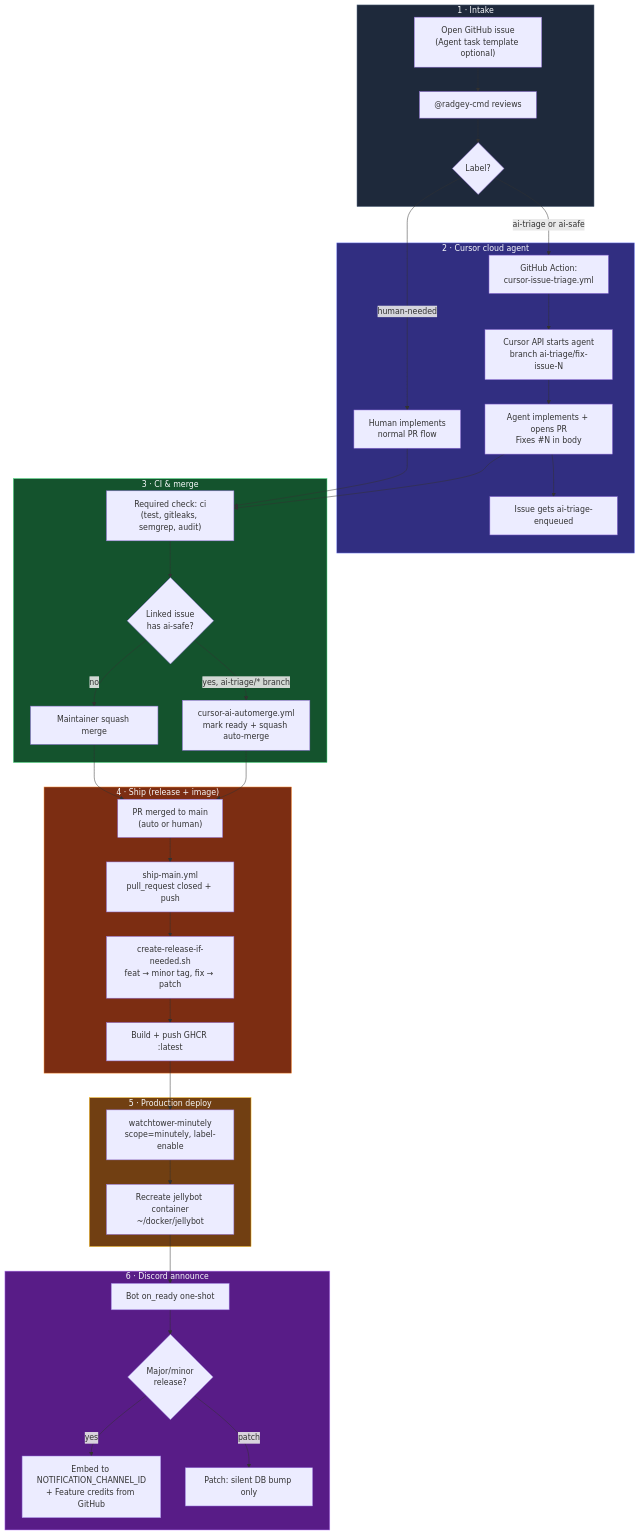
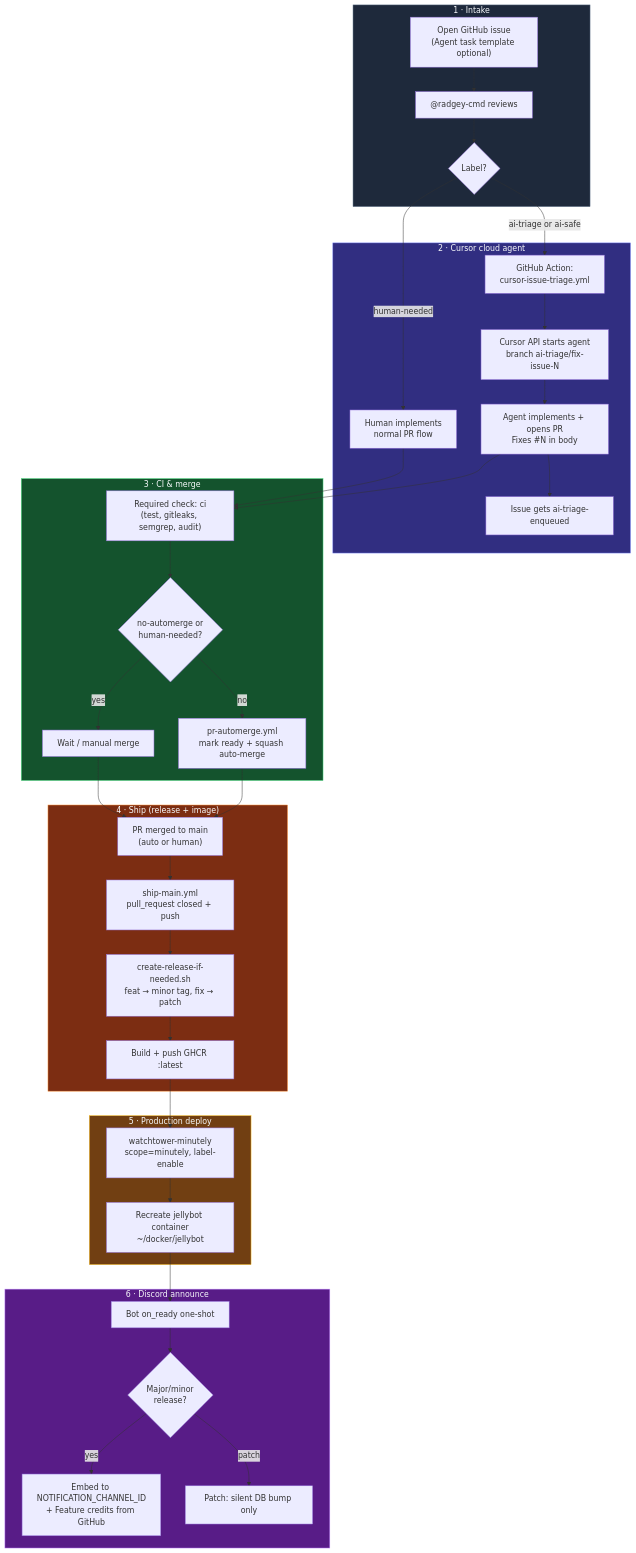
The diagram in docs/ISSUE_TO_DEPLOYMENT.md (introVRt-Lounge/jellybot), drawn with Mermaid before and after one commit. The commit also changed other lines of this file and 12 other files, not shown here.

First line of the commit message:
feat(ci): auto-merge all main PRs when ci is green (#63)

````diff
--- a/docs/ISSUE_TO_DEPLOYMENT.md
+++ b/docs/ISSUE_TO_DEPLOYMENT.md
@@ -9,64 +9,64 @@
 ```mermaid
 flowchart TB
   subgraph intake["1 · Intake"]
     A["Open GitHub issue<br/>(Agent task template optional)"]
     B["@radgey-cmd reviews"]
     C{"Label?"}
     A --> B --> C
   end
 
   subgraph agent["2 · Cursor cloud agent"]
     D["GitHub Action:<br/>cursor-issue-triage.yml"]
     E["Cursor API starts agent<br/>branch ai-triage/fix-issue-N"]
     F["Agent implements + opens PR<br/>Fixes #N in body"]
     G["Issue gets ai-triage-enqueued"]
     C -->|ai-triage or ai-safe| D --> E --> F --> G
     C -->|human-needed| H["Human implements<br/>normal PR flow"]
   end
 
   subgraph ci["3 · CI & merge"]
     I["Required check: ci<br/>(test, gitleaks, semgrep, audit)"]
-    J{"Linked issue<br/>has ai-safe?"}
-    K["cursor-ai-automerge.yml<br/>mark ready + squash auto-merge"]
-    L["Maintainer squash merge"]
+    J{"no-automerge or<br/>human-needed?"}
+    K["pr-automerge.yml<br/>mark ready + squash auto-merge"]
+    L["Wait / manual merge"]
     F --> I
     H --> I
     I --> J
-    J -->|yes, ai-triage/* branch| K
-    J -->|no| L
+    J -->|no| K
+    J -->|yes| L
   end
 
   subgraph ship["4 · Ship (release + image)"]
     M["PR merged to main<br/>(auto or human)"]
     N["ship-main.yml<br/>pull_request closed + push"]
     O["create-release-if-needed.sh<br/>feat → minor tag, fix → patch"]
     P["Build + push GHCR :latest"]
     M --> N --> O --> P
   end
 
   subgraph deploy["5 · Production deploy"]
     Q["watchtower-minutely<br/>scope=minutely, label-enable"]
     R["Recreate jellybot container<br/>~/docker/jellybot"]
     P --> Q --> R
   end
 
   subgraph announce["6 · Discord announce"]
     S["Bot on_ready one-shot"]
     T{"Major/minor<br/>release?"}
     U["Embed to NOTIFICATION_CHANNEL_ID<br/>+ Feature credits from GitHub"]
     V["Patch: silent DB bump only"]
     R --> S --> T
     T -->|yes| U
     T -->|patch| V
   end
 
   K --> M
   L --> M
 
   style intake fill:#1e293b,stroke:#64748b,color:#f8fafc
   style agent fill:#312e81,stroke:#818cf8,color:#f8fafc
   style ci fill:#14532d,stroke:#4ade80,color:#f8fafc
   style ship fill:#7c2d12,stroke:#fb923c,color:#f8fafc
   style deploy fill:#713f12,stroke:#fbbf24,color:#f8fafc
   style announce fill:#581c87,stroke:#c084fc,color:#f8fafc
 ```
````
